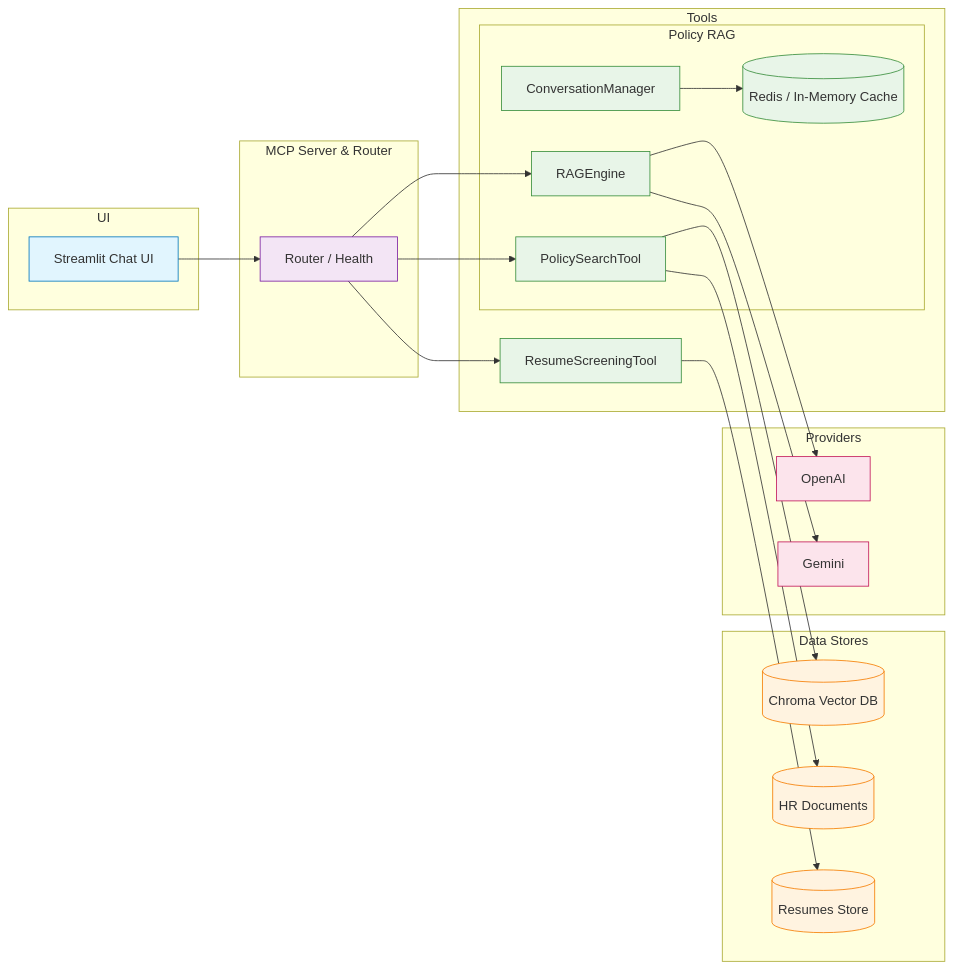
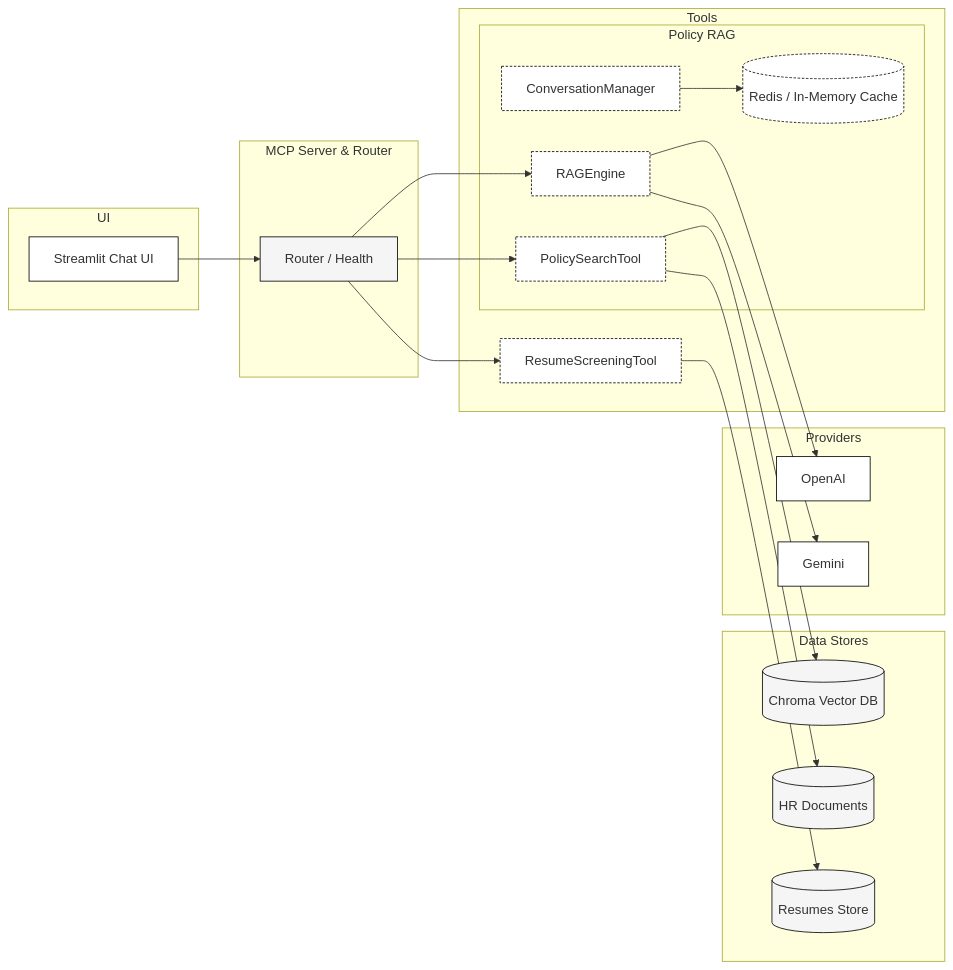
The diagram in README.md (sanjanb/mcp-agent), drawn with Mermaid before and after one commit.

Commit message:
Update README.md to add monochrome architecture diagram and adjust styling for clarity

````diff
--- a/README.md
+++ b/README.md
@@ -81,53 +81,55 @@
 ```mermaid
+%% Monochrome (Black & White) Architecture Diagram
 flowchart LR
     subgraph UI
         ST["Streamlit Chat UI"]
     end
 
     subgraph MCP["MCP Server & Router"]
         Router["Router / Health"]
     end
 
     subgraph TOOLS["Tools"]
         subgraph RAG_GROUP["Policy RAG"]
             PS["PolicySearchTool"]
             RAG["RAGEngine"]
             CONV["ConversationManager"]
             CACHE[("Redis / In-Memory Cache")]
         end
         RS["ResumeScreeningTool"]
     end
 
     subgraph DATA["Data Stores"]
         CHROMA[("Chroma Vector DB")]
         DOCS[("HR Documents")]
         RESUMES[("Resumes Store")]
     end
 
     subgraph LLM["Providers"]
         OPENAI["OpenAI"]
         GEMINI["Gemini"]
     end
 
     ST --> Router
     Router --> PS
     Router --> RAG
     Router --> RS
     PS --> CHROMA
     PS --> DOCS
     RS --> RESUMES
     RAG --> OPENAI
     RAG --> GEMINI
     CONV --> CACHE
 
-    classDef ui fill:#e1f5fe,stroke:#0277bd,stroke-width:1px
-    classDef mcp fill:#f3e5f5,stroke:#7b1fa2,stroke-width:1px
-    classDef tool fill:#e8f5e8,stroke:#388e3c,stroke-width:1px
-    classDef data fill:#fff3e0,stroke:#f57c00,stroke-width:1px
-    classDef prov fill:#fce4ec,stroke:#c2185b,stroke-width:1px
+    %% Grayscale styles
+    classDef ui fill:#ffffff,stroke:#000000,stroke-width:1px
+    classDef mcp fill:#f5f5f5,stroke:#000000,stroke-width:1px
+    classDef tool fill:#ffffff,stroke:#000000,stroke-dasharray: 3 2
+    classDef data fill:#f5f5f5,stroke:#000000,stroke-width:1px
+    classDef prov fill:#ffffff,stroke:#000000,stroke-width:1px
     class ST ui
     class Router mcp
     class PS,RAG,CONV,CACHE,RS tool
     class CHROMA,DOCS,RESUMES data
     class OPENAI,GEMINI prov
 ```
````
